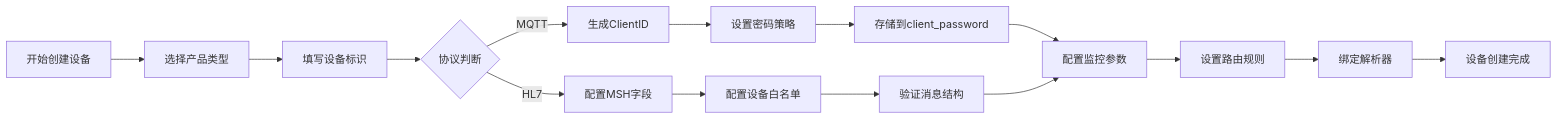
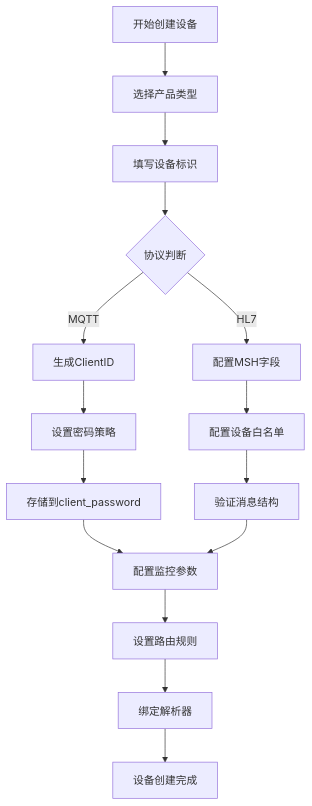
Before and after one commit to fuyong859050943/iodraw-files: the diagram in all/未命名-5.md, drawn with Mermaid.

Commit message:
2025-02-25 17:51:53 update

````diff
--- a/all/未命名-5.md
+++ b/all/未命名-5.md
@@ -1,20 +1,20 @@
 ```mermaid
-flowchart LR
+flowchart
     Start[开始创建设备] --> Step1[选择产品类型]
     Step1 --> Step2[填写设备标识]
     Step2 --> Step3{协议判断}
     Step3 -->|MQTT| Step4M[生成ClientID]
     Step3 -->|HL7| Step4H[配置MSH字段]
     
     Step4M --> Step5M[设置密码策略]
     Step5M --> Step6M[存储到client_password]
     
     Step4H --> Step5H[配置设备白名单]
     Step5H --> Step6H[验证消息结构]
     
     Step6M --> Step7[配置监控参数]
     Step6H --> Step7
     Step7 --> Step8[设置路由规则]
     Step8 --> Step9[绑定解析器]
     Step9 --> End[设备创建完成]
 ```
````
